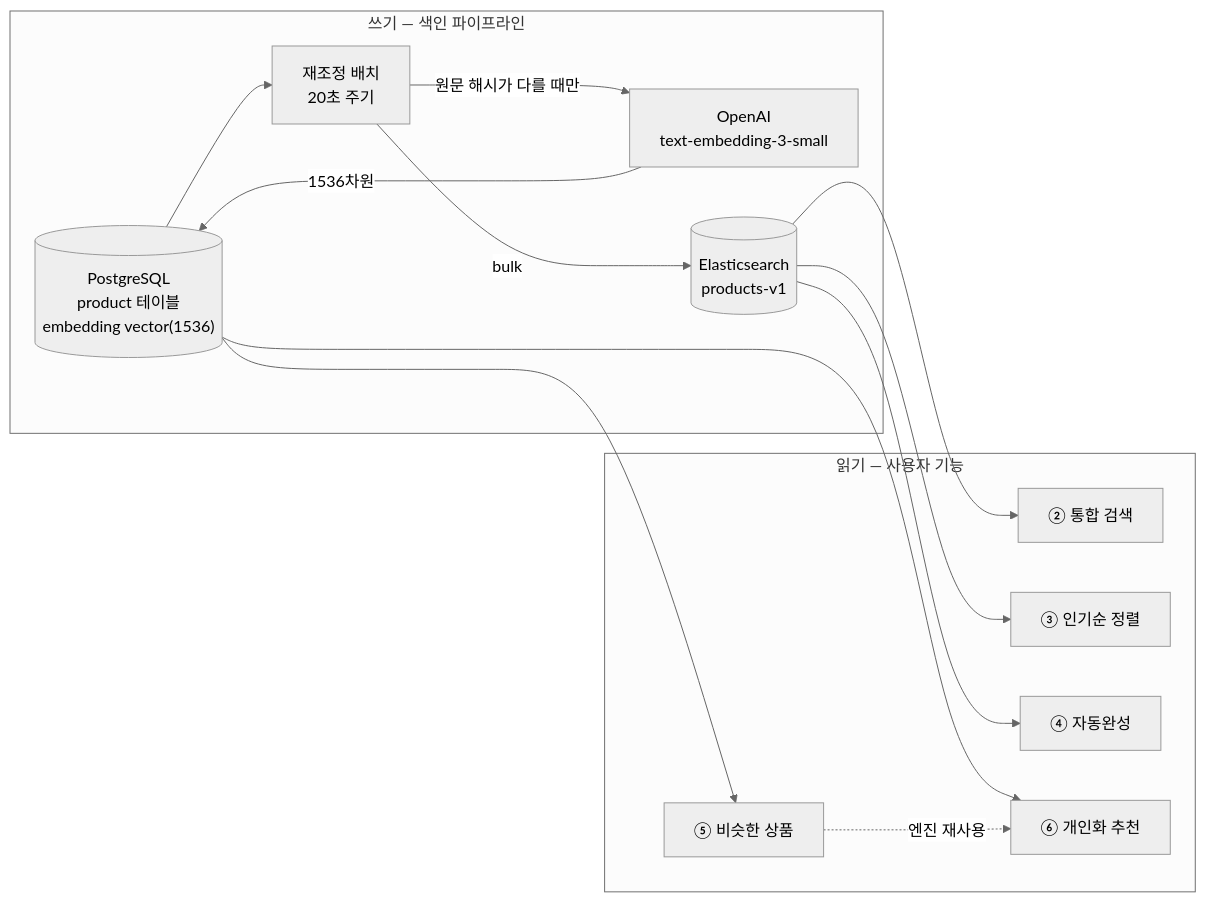
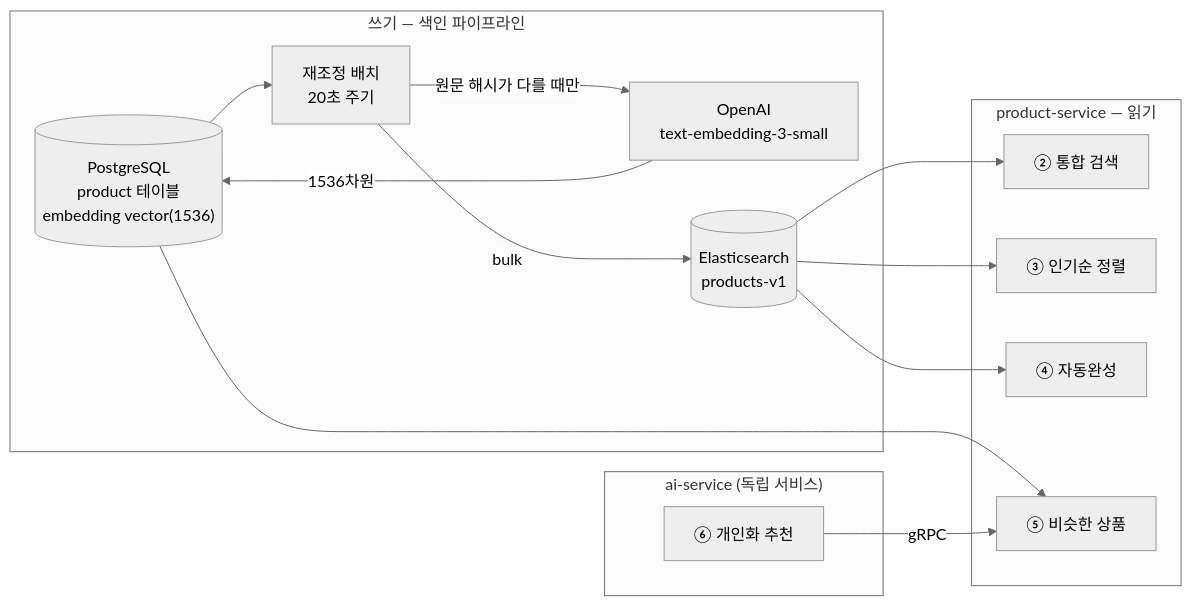
One commit to prgrms-be-adv-devcourse/beadv6_6_3JMT_BE changed the first of 7 diagrams in docs/architecture/search-vector-flows.md. Above: the diagram before and after it, drawn with Mermaid (neutral theme). The commit also changed other lines of this file and 22 other files, not shown here.

First line of the commit message:
feat: AI 추천 기능을 독립 서비스(ai-service)로 구현

````diff
--- a/docs/architecture/search-vector-flows.md
+++ b/docs/architecture/search-vector-flows.md
@@ -22,28 +22,30 @@
 ```mermaid
 flowchart LR
     subgraph WRITE["쓰기 — 색인 파이프라인"]
         DB[("PostgreSQL<br/>product 테이블<br/>embedding vector(1536)")]
         BATCH["재조정 배치<br/>20초 주기"]
         OPENAI["OpenAI<br/>text-embedding-3-small"]
         ES[("Elasticsearch<br/>products-v1")]
         DB --> BATCH
         BATCH -->|"원문 해시가 다를 때만"| OPENAI
         OPENAI -->|"1536차원"| DB
         BATCH -->|"bulk"| ES
     end
 
-    subgraph READ["읽기 — 사용자 기능"]
+    subgraph PRD["product-service — 읽기"]
         S2["② 통합 검색"]
         S3["③ 인기순 정렬"]
         S4["④ 자동완성"]
         S5["⑤ 비슷한 상품"]
+    end
+
+    subgraph AI["ai-service (독립 서비스)"]
         S6["⑥ 개인화 추천"]
     end
 
     ES --> S2
     ES --> S3
     ES --> S4
     DB --> S5
-    DB --> S6
-    S5 -.->|"엔진 재사용"| S6
+    S6 -->|"gRPC"| S5
 ```
````
